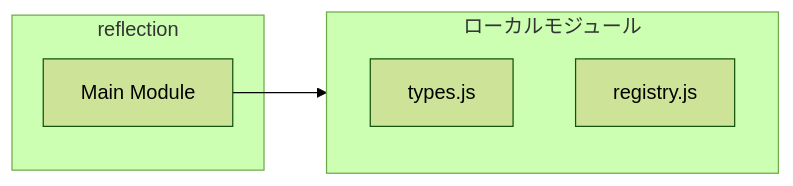
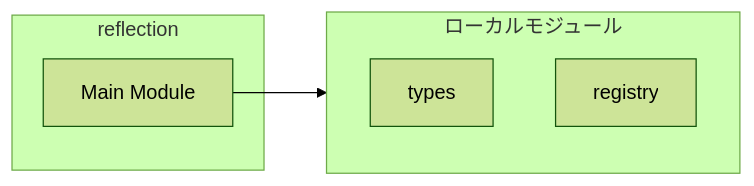
Before and after one commit to Mekann2904/mekann: the first of 3 diagrams in ABDD/.pi/lib/dynamic-tools/reflection.md, drawn with Mermaid (forest theme). The commit also changed other lines of this file and 174 other files, not shown here.

First line of the commit message:
fix(docs): ABDDのMermaid図生成エラーを修正する

````diff
--- a/ABDD/.pi/lib/dynamic-tools/reflection.md
+++ b/ABDD/.pi/lib/dynamic-tools/reflection.md
@@ -37,11 +37,11 @@
 ```mermaid
 flowchart LR
   subgraph this[reflection]
     main[Main Module]
   end
   subgraph local[ローカルモジュール]
-    types_js["types.js"]
-    registry_js["registry.js"]
+    types["types"]
+    registry["registry"]
   end
   main --> local
 ```
````
